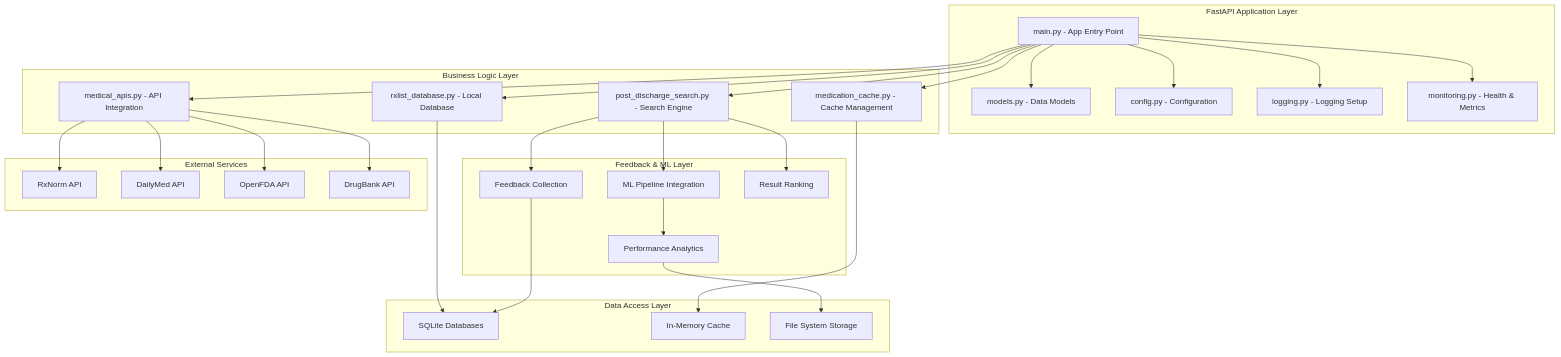
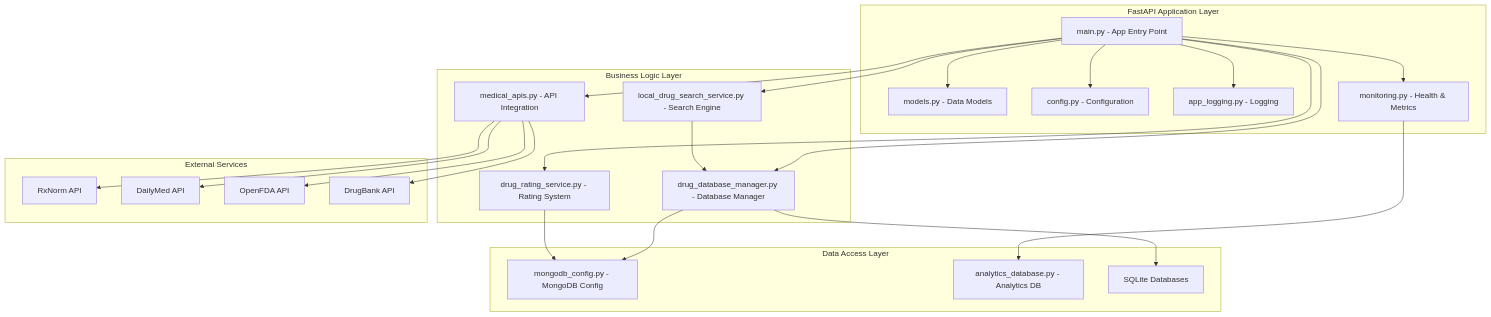
One commit to Linesmerrill/RxVerify changed the second of 5 diagrams in ARCHITECTURE.md. Above: the diagram before and after it, drawn with Mermaid. The commit also changed other lines of this file and 11 other files, not shown here.

````diff
--- a/ARCHITECTURE.md
+++ b/ARCHITECTURE.md
@@ -94,60 +64,50 @@
 ```mermaid
 graph TB
     subgraph "FastAPI Application Layer"
         A[main.py - App Entry Point]
         B[models.py - Data Models]
         C[config.py - Configuration]
-        D[logging.py - Logging Setup]
+        D[app_logging.py - Logging]
         E[monitoring.py - Health & Metrics]
     end
     
     subgraph "Business Logic Layer"
-        F[post_discharge_search.py - Search Engine]
+        F[local_drug_search_service.py - Search Engine]
         G[medical_apis.py - API Integration]
-        H[medication_cache.py - Cache Management]
-        I[rxlist_database.py - Local Database]
-    end
-    
-    subgraph "Feedback & ML Layer"
-        J[Feedback Collection]
-        K[ML Pipeline Integration]
-        L[Result Ranking]
-        M[Performance Analytics]
+        H[drug_database_manager.py - Database Manager]
+        I[drug_rating_service.py - Rating System]
     end
     
     subgraph "Data Access Layer"
-        N[SQLite Databases]
-        O[In-Memory Cache]
-        P[File System Storage]
+        J[mongodb_config.py - MongoDB Config]
+        K[analytics_database.py - Analytics DB]
+        L[SQLite Databases]
     end
     
     subgraph "External Services"
-        Q[RxNorm API]
-        R[DailyMed API]
-        S[OpenFDA API]
-        T[DrugBank API]
+        M[RxNorm API]
+        N[DailyMed API]
+        O[OpenFDA API]
+        P[DrugBank API]
     end
     
     A --> B
     A --> C
     A --> D
     A --> E
     A --> F
     A --> G
     A --> H
     A --> I
     
-    F --> J
-    F --> K
-    F --> L
-    G --> Q
-    G --> R
-    G --> S
-    G --> T
+    F --> H
+    G --> M
+    G --> N
+    G --> O
+    G --> P
     
-    H --> O
-    I --> N
-    J --> N
-    K --> M
-    M --> P
+    H --> J
+    H --> L
+    I --> J
+    E --> K
 ```
````
